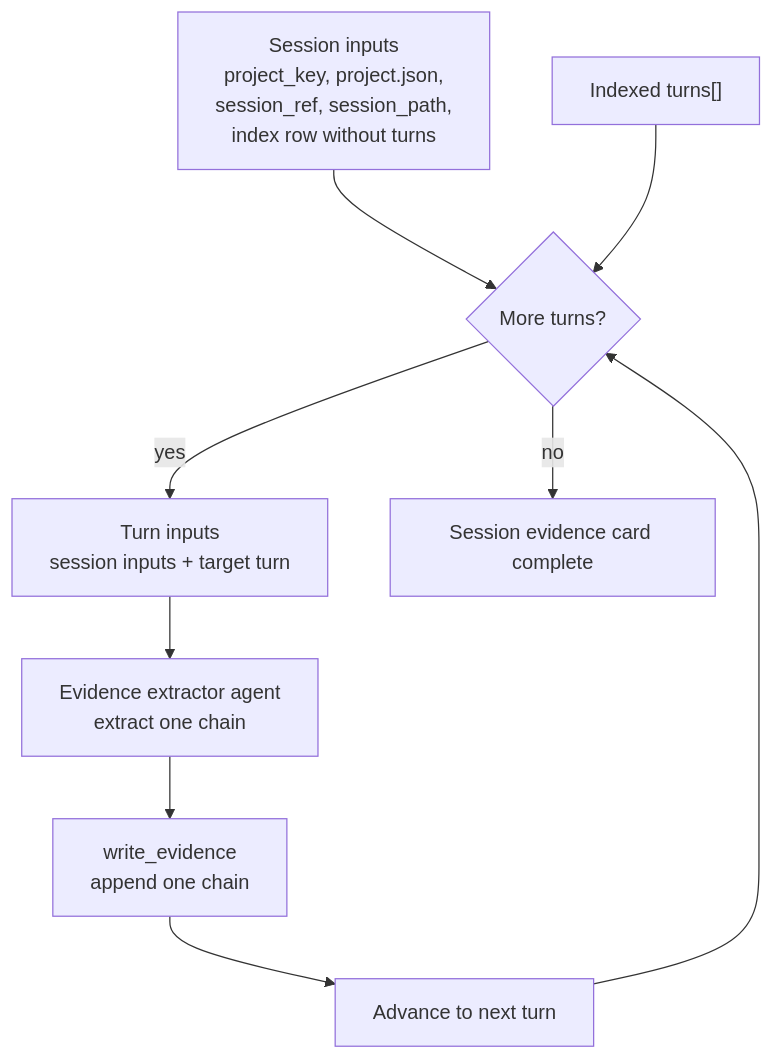
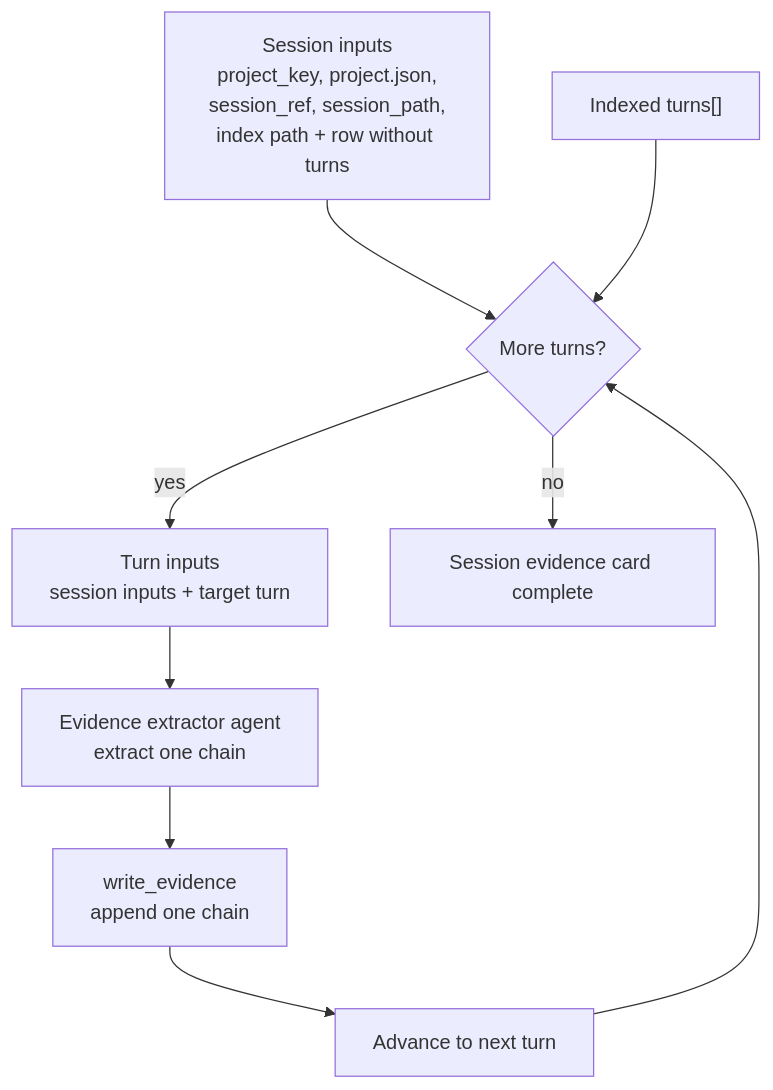
Before and after one commit to OptimalCNC/prompt-diary: the diagram in docs/src/generate/evidence-contract.md, drawn with Mermaid. The commit also changed other lines of this file and 11 other files, not shown here.

````diff
--- a/docs/src/generate/evidence-contract.md
+++ b/docs/src/generate/evidence-contract.md
@@ -42,20 +40,20 @@
 ```mermaid
 flowchart TD
-    inputs["Session inputs<br/>project_key, project.json,<br/>session_ref, session_path,<br/>index row without turns"]
+    inputs["Session inputs<br/>project_key, project.json,<br/>session_ref, session_path,<br/>index path + row without turns"]
     turns["Indexed turns[]"]
     more{"More turns?"}
     prompt["Turn inputs<br/>session inputs + target turn"]
     agent["Evidence extractor agent<br/>extract one chain"]
     write["write_evidence<br/>append one chain"]
     next["Advance to next turn"]
     done["Session evidence card complete"]
 
     inputs --> more
     turns --> more
     more -->|yes| prompt
     prompt --> agent
     agent --> write
     write --> next
     next --> more
     more -->|no| done
 ```
````
